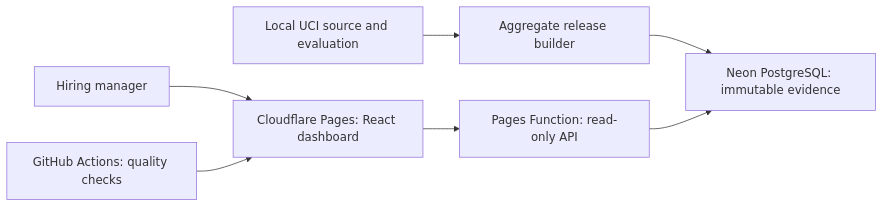
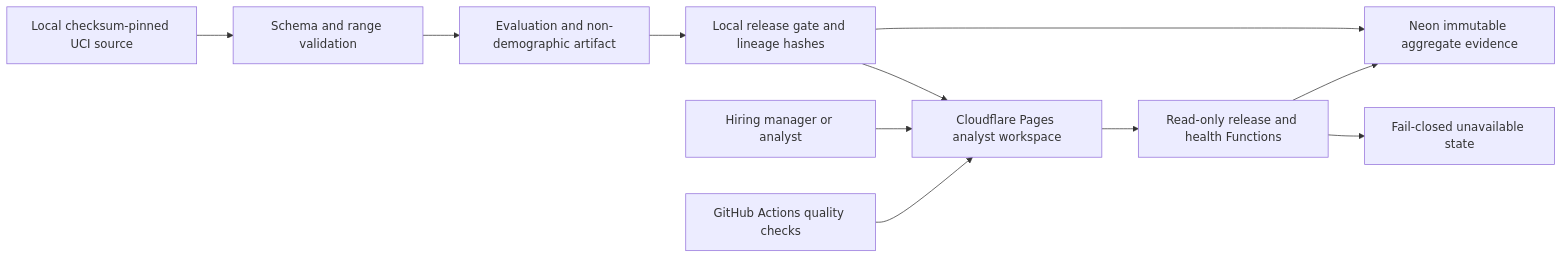
One commit to vaibhavkhuranaaa/consumer-credit-default-risk-monitoring changed the diagram in architecture/system.mmd. Above: the diagram before and after it, drawn with Mermaid. The commit also changed 44 other files, not shown here.

Commit message:
feat: harden analyst product release

```diff
--- a/architecture/system.mmd
+++ b/architecture/system.mmd
@@ -1,7 +1,11 @@
 flowchart LR
-  A[Local UCI source and evaluation] --> B[Aggregate release builder]
-  B --> C[Neon PostgreSQL: immutable evidence]
-  D[Hiring manager] --> E[Cloudflare Pages: React dashboard]
-  E --> F[Pages Function: read-only API]
-  F --> C
-  G[GitHub Actions: quality checks] --> E
+  A[Local checksum-pinned UCI source] --> B[Schema and range validation]
+  B --> C[Evaluation and non-demographic artifact]
+  C --> D[Local release gate and lineage hashes]
+  D --> E[Neon immutable aggregate evidence]
+  D --> F[Cloudflare Pages analyst workspace]
+  G[Hiring manager or analyst] --> F
+  F --> H[Read-only release and health Functions]
+  H --> E
+  H --> I[Fail-closed unavailable state]
+  J[GitHub Actions quality checks] --> F
```
